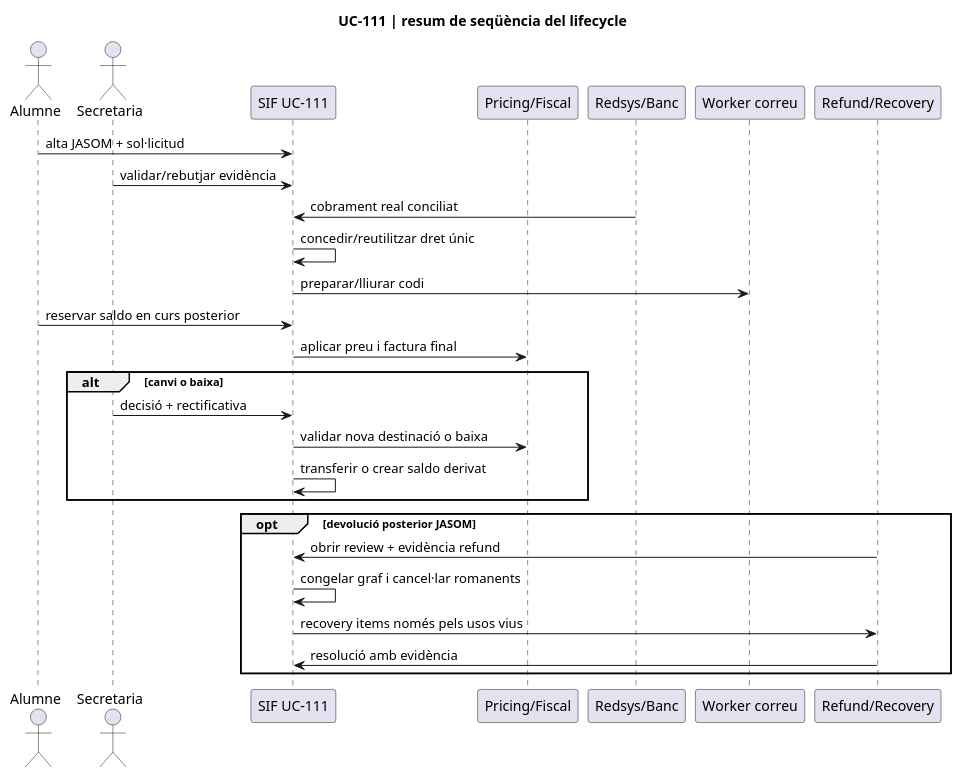
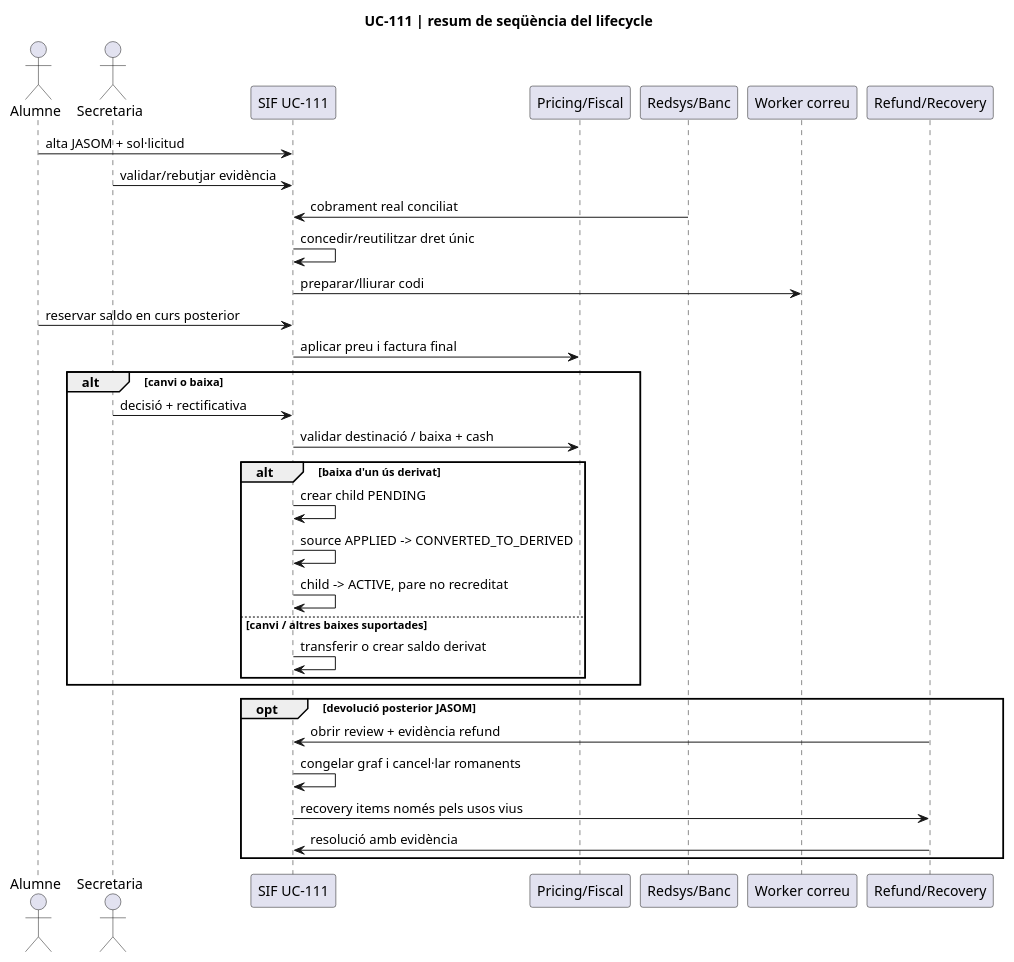
One commit to orgmeriemprismacat-del/verifactu changed diagram 48 of 48 in documentacio/04-estat-final/32-diagrames-sequencia-sif.md. Above: the diagram before and after it, drawn with PlantUML. The commit also changed other lines of this file, not shown here.

Commit message:
docs SIF sequence: include UC-111 child derived balance after cancelling derived application

````diff
--- a/documentacio/04-estat-final/32-diagrames-sequencia-sif.md
+++ b/documentacio/04-estat-final/32-diagrames-sequencia-sif.md
@@ -1547,31 +1547,37 @@
 ```plantuml
 @startuml
 title UC-111 | resum de seqüència del lifecycle
 actor Alumne
 actor Secretaria
 participant "SIF UC-111" as SIF
 participant "Pricing/Fiscal" as Fiscal
 participant "Redsys/Banc" as Bank
 participant "Worker correu" as Mail
 participant "Refund/Recovery" as Recovery
 
 Alumne -> SIF : alta JASOM + sol·licitud
 Secretaria -> SIF : validar/rebutjar evidència
 Bank -> SIF : cobrament real conciliat
 SIF -> SIF : concedir/reutilitzar dret únic
 SIF -> Mail : preparar/lliurar codi
 Alumne -> SIF : reservar saldo en curs posterior
 SIF -> Fiscal : aplicar preu i factura final
 alt canvi o baixa
   Secretaria -> SIF : decisió + rectificativa
-  SIF -> Fiscal : validar nova destinació o baixa
-  SIF -> SIF : transferir o crear saldo derivat
+  SIF -> Fiscal : validar destinació / baixa + cash
+  alt baixa d'un ús derivat
+    SIF -> SIF : crear child PENDING
+    SIF -> SIF : source APPLIED -> CONVERTED_TO_DERIVED
+    SIF -> SIF : child -> ACTIVE, pare no recreditat
+  else canvi / altres baixes suportades
+    SIF -> SIF : transferir o crear saldo derivat
+  end
 end
 opt devolució posterior JASOM
   Recovery -> SIF : obrir review + evidència refund
   SIF -> SIF : congelar graf i cancel·lar romanents
   SIF -> Recovery : recovery items només pels usos vius
   Recovery -> SIF : resolució amb evidència
 end
 @enduml
 ```
````
